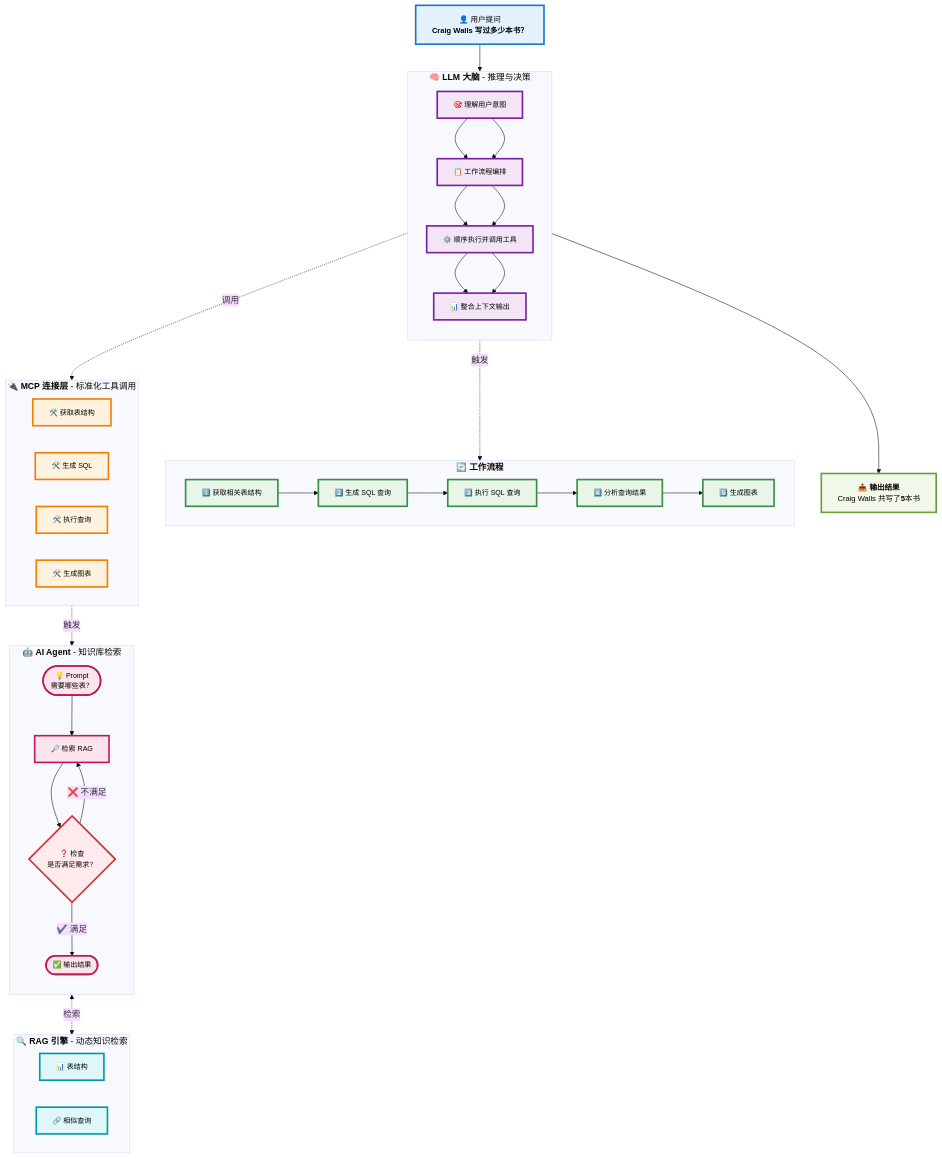
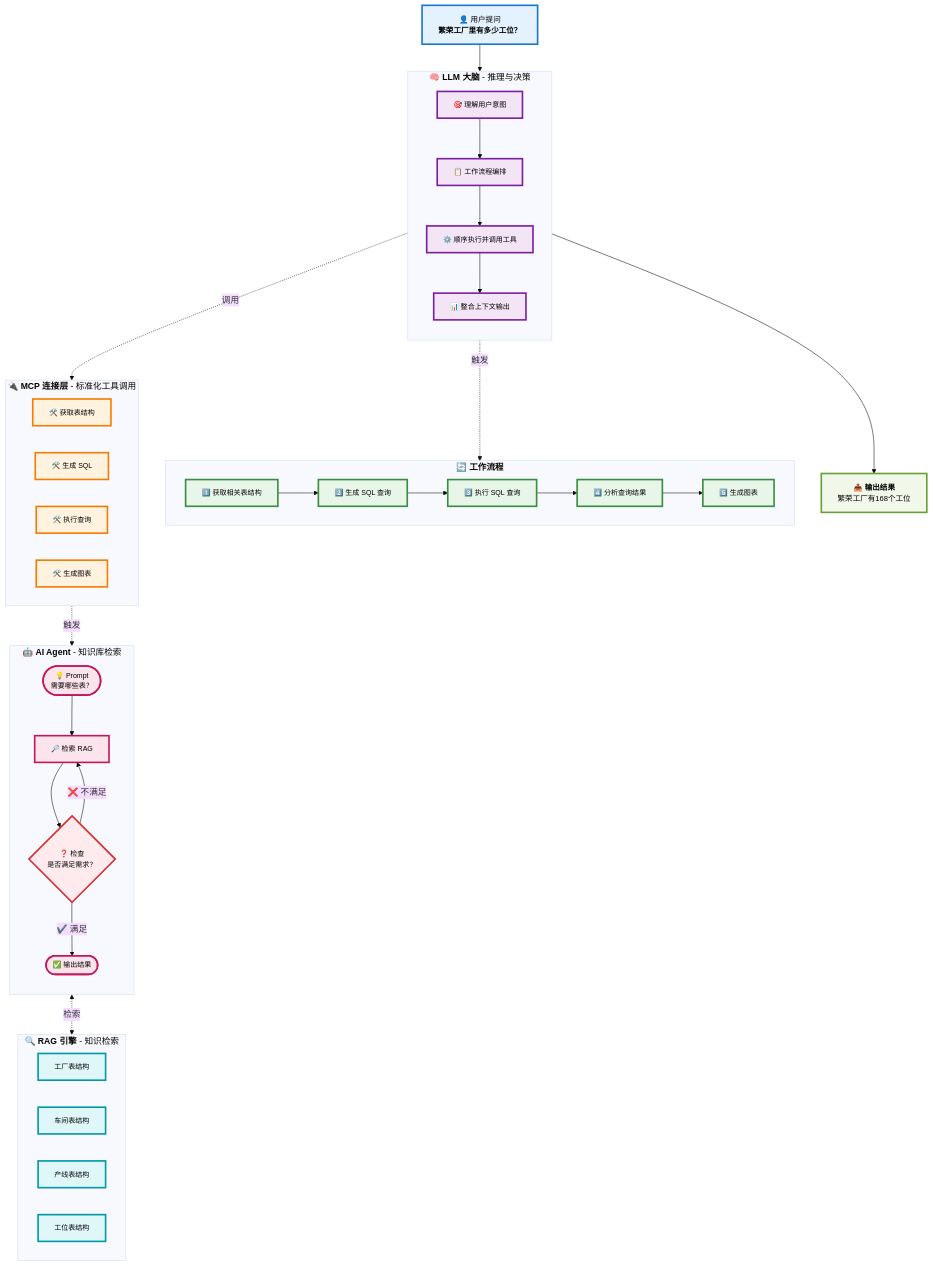
Before and after one commit to wb04307201/wb04307201: the fourth of 4 diagrams in note/11.ai/training/lession1/README.md, drawn with Mermaid (base theme). The commit also changed other lines of this file, not shown here.

````diff
--- a/note/11.ai/training/lession1/README.md
+++ b/note/11.ai/training/lession1/README.md
@@ -269,78 +259,77 @@
      ```mermaid
      graph TB
          %% ============ 样式定义区 ============
          classDef userNode fill:#e3f2fd,stroke:#1976d2,stroke-width:3px,color:#000,font-size:14px
          classDef llmNode fill:#f3e5f5,stroke:#7b1fa2,stroke-width:3px,color:#000,font-size:13px
          classDef workflowNode fill:#e8f5e9,stroke:#388e3c,stroke-width:3px,color:#000,font-size:13px
          classDef mcpNode fill:#fff3e0,stroke:#f57c00,stroke-width:3px,color:#000,font-size:13px
          classDef agentNode fill:#fce4ec,stroke:#c2185b,stroke-width:3px,color:#000,font-size:13px
          classDef ragNode fill:#e0f7fa,stroke:#0097a7,stroke-width:3px,color:#000,font-size:13px
          classDef outputNode fill:#f1f8e9,stroke:#689f38,stroke-width:3px,color:#000,font-size:14px
          classDef decisionNode fill:#ffebee,stroke:#d32f2f,stroke-width:3px,color:#000,font-size:13px
          
          %% ============ 主流程节点 ============
-         Start["👤 用户提问<br/><b>Craig Walls 写过多少本书？</b>"]:::userNode
+         Start["👤 用户提问<br/><b>繁荣工厂里有多少工位？</b>"]:::userNode
          
          subgraph LLMBrain["🧠 <b>LLM 大脑</b> - 推理与决策"]
              direction TB
              L1["🎯 理解用户意图"]:::llmNode
              L2["📋 工作流程编排"]:::llmNode
              L3["⚙️ 顺序执行并调用工具"]:::llmNode
              L4["📊 整合上下文输出"]:::llmNode
              
              L1 --> L2 --> L3 --> L4
          end
          
          subgraph WorkFlow["🔄 <b>工作流程</b>"]
              direction LR
              W1["1️⃣ 获取相关表结构"]:::workflowNode
              W2["2️⃣ 生成 SQL 查询"]:::workflowNode
              W3["3️⃣ 执行 SQL 查询"]:::workflowNode
              W4["4️⃣ 分析查询结果"]:::workflowNode
              W5["5️⃣ 生成图表"]:::workflowNode
              
              W1 --> W2 --> W3 --> W4 --> W5
          end
          
          subgraph MCPLayer["🔌 <b>MCP 连接层</b> - 标准化工具调用"]
              direction LR
              M1["🛠️ 获取表结构"]:::mcpNode
              M2["🛠️ 生成 SQL"]:::mcpNode
              M3["🛠️ 执行查询"]:::mcpNode
              M4["🛠️ 生成图表"]:::mcpNode
          end
          
          subgraph AG1["🤖 <b>AI Agent</b> - 知识库检索"]
              direction TB
              AG11(["💡 Prompt<br/>需要哪些表？"]):::agentNode
              AG12["🔎 检索 RAG"]:::agentNode
              AG13{"❓ 检查<br/>是否满足需求？"}:::decisionNode
              AG14(["✅ 输出结果"]):::agentNode
              
              AG11 --> AG12
              AG12 --> AG13
              AG13 --❌ 不满足--> AG12
              AG13 --✔️ 满足--> AG14
          end
          
-         subgraph RAGEngine["🔍 <b>RAG 引擎</b> - 动态知识检索"]
+         subgraph RAGEngine["🔍 <b>RAG 引擎</b> - 知识检索"]
              direction LR
-             R1["📊 表结构"]:::ragNode
-             R2["🔗 相似查询"]:::ragNode
+             R1["工厂表结构"]:::ragNode
+             R2["车间表结构"]:::ragNode
+             R3["产线表结构"]:::ragNode
+             R4["工位表结构"]:::ragNode
          end
          
-         Final["📤 <b>输出结果</b><br/>Craig Walls 共写了<b>5</b>本书"]:::outputNode
+         Final["📤 <b>输出结果</b><br/>繁荣工厂有168个工位"]:::outputNode
          
          %% ============ 主流程连接 ============
          Start --> L1
-         L1 --> L2
-         L2 --> L3
-         L3 --> L4
          L4 --> Final
          
          %% ============ 跨组件连接 ============
          L2 -.->|触发 | WorkFlow
          L3 -.->|调用 | MCPLayer
          M1 -.->|触发 | AG11
          AG12 <-.->|检索 | RAGEngine
      ```
````
